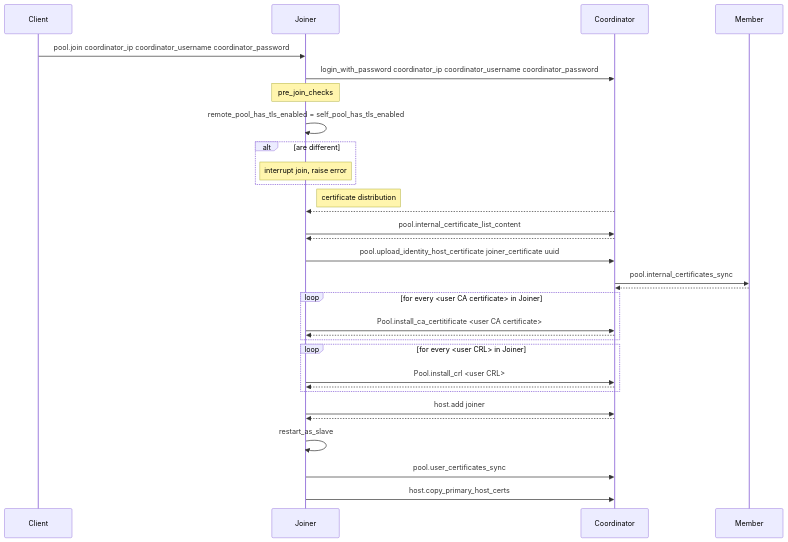
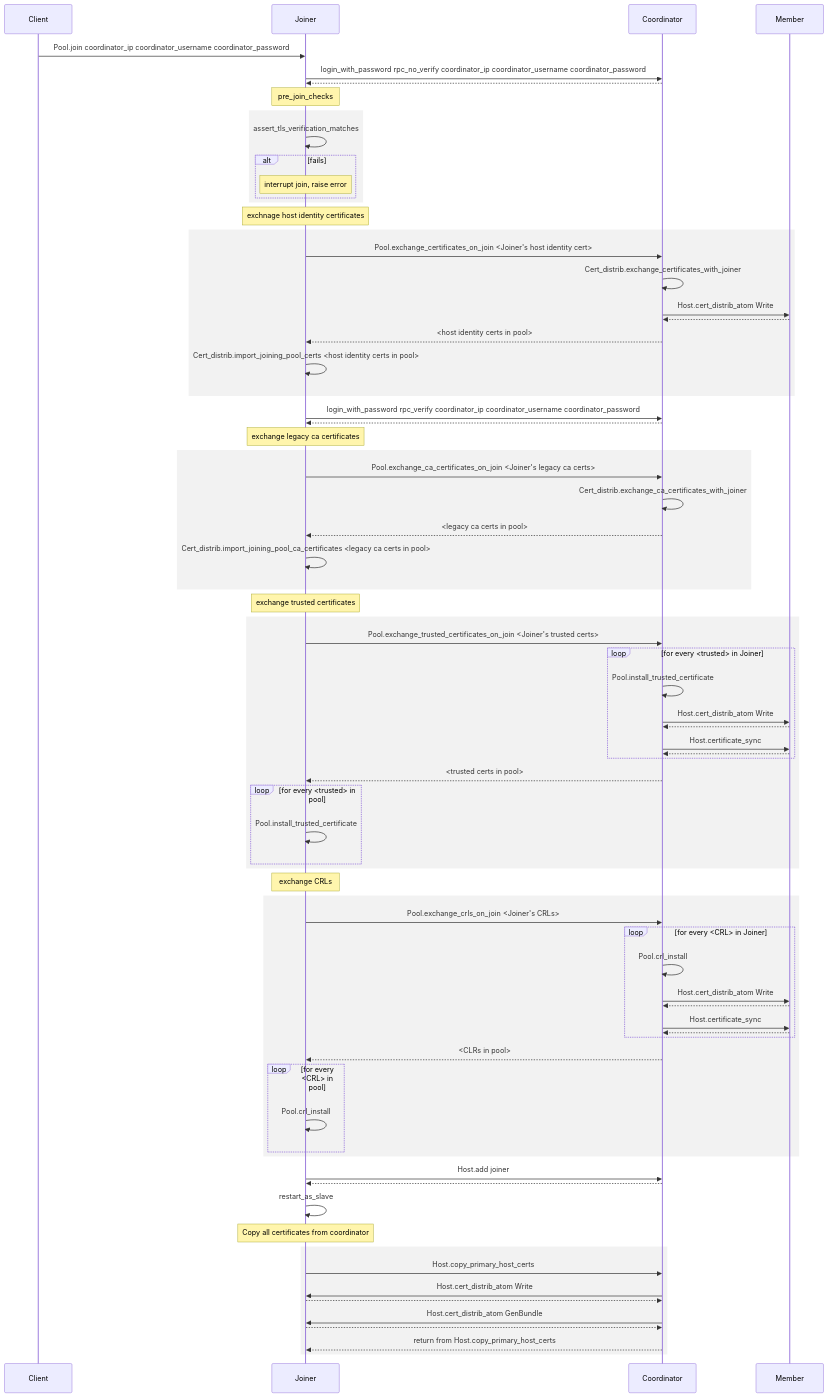
The diagram in doc/content/design/pool-certificates.md (xapi-project/xen-api), drawn with Mermaid before and after one commit. The commit also changed other lines of this file and 1 other file, not shown here.

Commit message:
[doc] Update how to handle trusted certificates when pool.join

```diff
--- a/doc/content/design/pool-certificates.md
+++ b/doc/content/design/pool-certificates.md
@@ -157,38 +161,84 @@
 participant join as Joiner
 participant coor as Coordinator
 participant memb as Member
-clnt->>join: pool.join coordinator_ip coordinator_username coordinator_password
-join->>coor:login_with_password coordinator_ip coordinator_username coordinator_password
+clnt->>join: Pool.join coordinator_ip coordinator_username coordinator_password
+join->>coor:login_with_password rpc_no_verify coordinator_ip coordinator_username coordinator_password
+coor-->>join:
 
 Note over join: pre_join_checks
-join->>join: remote_pool_has_tls_enabled = self_pool_has_tls_enabled
-alt are different
+rect rgba(0,0,0,0.05)
+join->>join: assert_tls_verification_matches
+alt fails
 Note over join: interrupt join, raise error
 end
-Note right of join: certificate distribution
-coor-->>join:
-join->>coor: pool.internal_certificate_list_content
+end
+
+Note over join: exchnage host identity certificates
+rect rgba(0,0,0,0.05)
+join->>coor: Pool.exchange_certificates_on_join <Joiner's host identity cert>
+coor->>coor: Cert_distrib.exchange_certificates_with_joiner
+coor->>memb: Host.cert_distrib_atom Write
+memb-->>coor:
+coor-->>join: <host identity certs in pool>
+join->>join: Cert_distrib.import_joining_pool_certs <host identity certs in pool>
+end
+
+join->>coor:login_with_password rpc_verify coordinator_ip coordinator_username coordinator_password
 coor-->>join:
 
-join->>coor: pool.upload_identity_host_certificate joiner_certificate uuid
-coor->>memb: pool.internal_certificates_sync
-memb-->>coor:
-
-loop for every <user CA certificate> in Joiner
-join->>coor: Pool.install_ca_certitificate <user CA certificate>
-coor-->>join:
+Note over join: exchange legacy ca certificates
+rect rgba(0,0,0,0.05)
+join->>coor: Pool.exchange_ca_certificates_on_join <Joiner's legacy ca certs>
+coor->>coor: Cert_distrib.exchange_ca_certificates_with_joiner
+coor-->>join: <legacy ca certs in pool>
+join->>join: Cert_distrib.import_joining_pool_ca_certificates <legacy ca certs in pool>
 end
 
-loop for every <user CRL> in Joiner
-join->>coor: Pool.install_crl <user CRL>
-coor-->>join:
+Note over join: exchange trusted certificates
+rect rgba(0,0,0,0.05)
+join->>coor: Pool.exchange_trusted_certificates_on_join <Joiner's trusted certs>
+loop for every <trusted> in Joiner
+coor->>coor: Pool.install_trusted_certificate
+coor->>memb: Host.cert_distrib_atom Write
+memb-->>coor:
+coor->>memb: Host.certificate_sync
+memb-->>coor:
+end
+coor-->>join: <trusted certs in pool>
+loop for every <trusted> in pool
+join->>join: Pool.install_trusted_certificate
+end
 end
 
-join->>coor: host.add joiner
+Note over join: exchange CRLs
+rect rgba(0,0,0,0.05)
+join->>coor: Pool.exchange_crls_on_join <Joiner's CRLs>
+loop for every <CRL> in Joiner
+coor->>coor: Pool.crl_install
+coor->>memb: Host.cert_distrib_atom Write
+memb-->>coor:
+coor->>memb: Host.certificate_sync
+memb-->>coor:
+end
+coor-->>join: <CLRs in pool>
+loop for every <CRL> in pool
+join->>join: Pool.crl_install
+end
+end
+
+join->>coor: Host.add joiner
 coor-->>join:
 
 join->>join: restart_as_slave
-join->>coor: pool.user_certificates_sync
-join->>coor: host.copy_primary_host_certs
+
+Note over join: Copy all certificates from coordinator
+rect rgba(0,0,0,0.05)
+join->>coor: Host.copy_primary_host_certs
+coor->>join: Host.cert_distrib_atom Write
+join-->>coor:
+coor->>join: Host.cert_distrib_atom GenBundle
+join-->>coor:
+coor-->>join: return from Host.copy_primary_host_certs
+end
 
 ~~~
```
